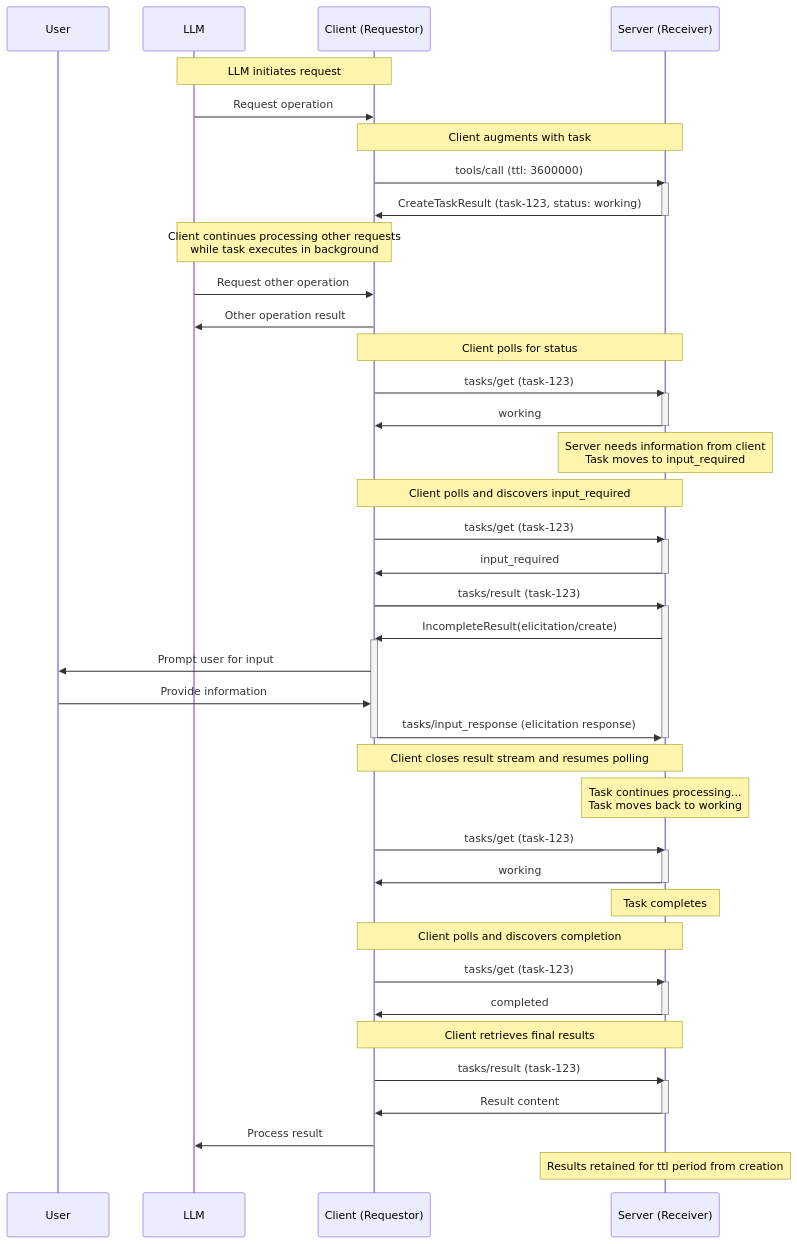
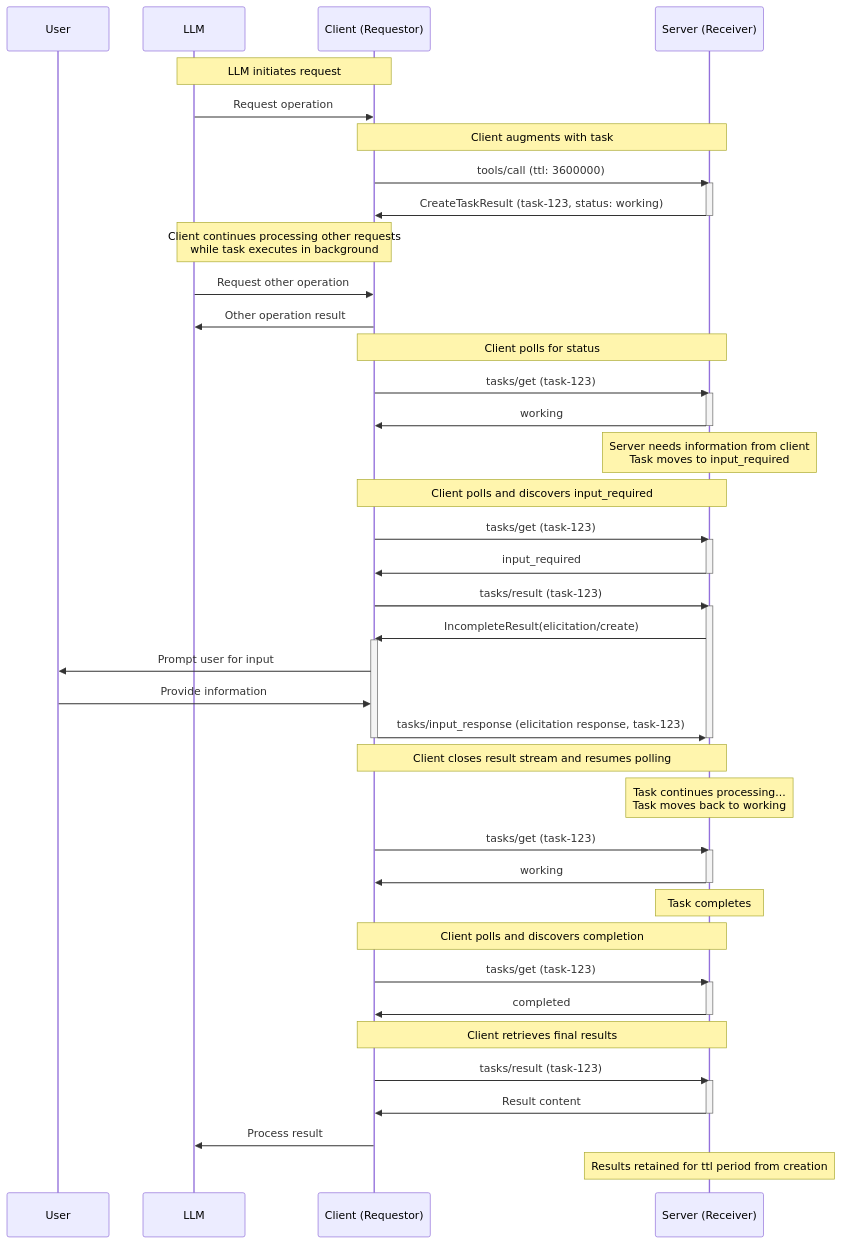
The third of 5 diagrams in docs/specification/draft/basic/utilities/tasks.mdx (modelcontextprotocol/modelcontextprotocol), drawn with Mermaid before and after one commit. The commit also changed other lines of this file and 4 other files, not shown here.

Commit message:
Update diagrams

````diff
--- a/docs/specification/draft/basic/utilities/tasks.mdx
+++ b/docs/specification/draft/basic/utilities/tasks.mdx
@@ -595,70 +596,70 @@
 ```mermaid
 sequenceDiagram
     participant U as User
     participant LLM
     participant C as Client (Requestor)
     participant S as Server (Receiver)
 
     Note over LLM,C: LLM initiates request
     LLM->>C: Request operation
 
     Note over C,S: Client augments with task
     C->>S: tools/call (ttl: 3600000)
     activate S
     S->>C: CreateTaskResult (task-123, status: working)
     deactivate S
 
     Note over LLM,C: Client continues processing other requests<br/>while task executes in background
     LLM->>C: Request other operation
     C->>LLM: Other operation result
 
     Note over C,S: Client polls for status
     C->>S: tasks/get (task-123)
     activate S
     S->>C: working
     deactivate S
 
     Note over S: Server needs information from client<br/>Task moves to input_required
 
     Note over C,S: Client polls and discovers input_required
     C->>S: tasks/get (task-123)
     activate S
     S->>C: input_required
     deactivate S
 
     C->>S: tasks/result (task-123)
     activate S
     S->>C: IncompleteResult(elicitation/create)
     activate C
     C->>U: Prompt user for input
     U->>C: Provide information
-    C->>S: tasks/input_response (elicitation response)
+    C->>S: tasks/input_response (elicitation response, task-123)
     deactivate C
     deactivate S
 
     Note over C,S: Client closes result stream and resumes polling
 
     Note over S: Task continues processing...<br/>Task moves back to working
 
     C->>S: tasks/get (task-123)
     activate S
     S->>C: working
     deactivate S
 
     Note over S: Task completes
 
     Note over C,S: Client polls and discovers completion
     C->>S: tasks/get (task-123)
     activate S
     S->>C: completed
     deactivate S
 
     Note over C,S: Client retrieves final results
     C->>S: tasks/result (task-123)
     activate S
     S->>C: Result content
     deactivate S
     C->>LLM: Process result
 
     Note over S: Results retained for ttl period from creation
 ```
````
